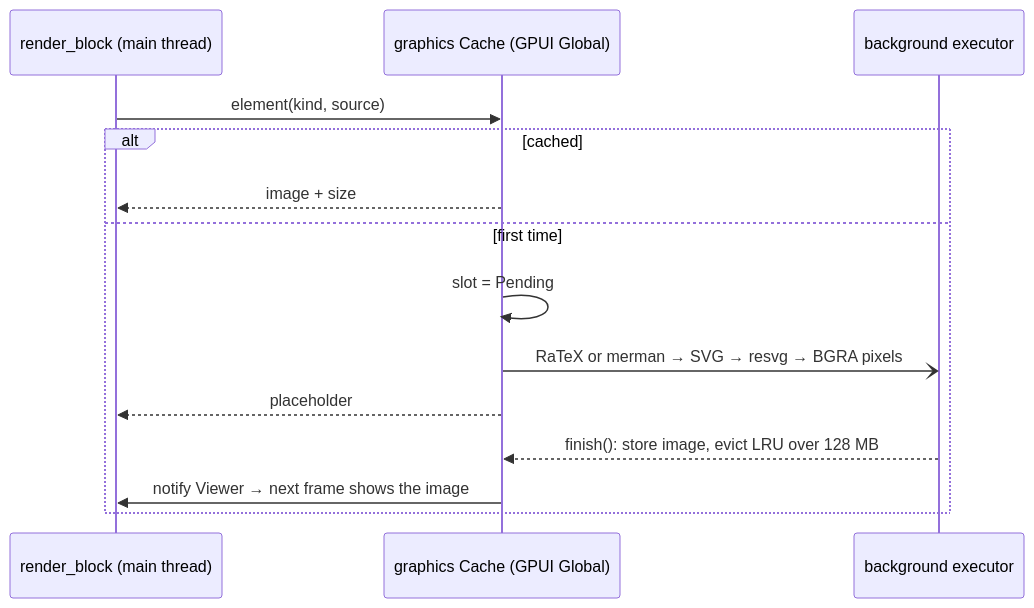
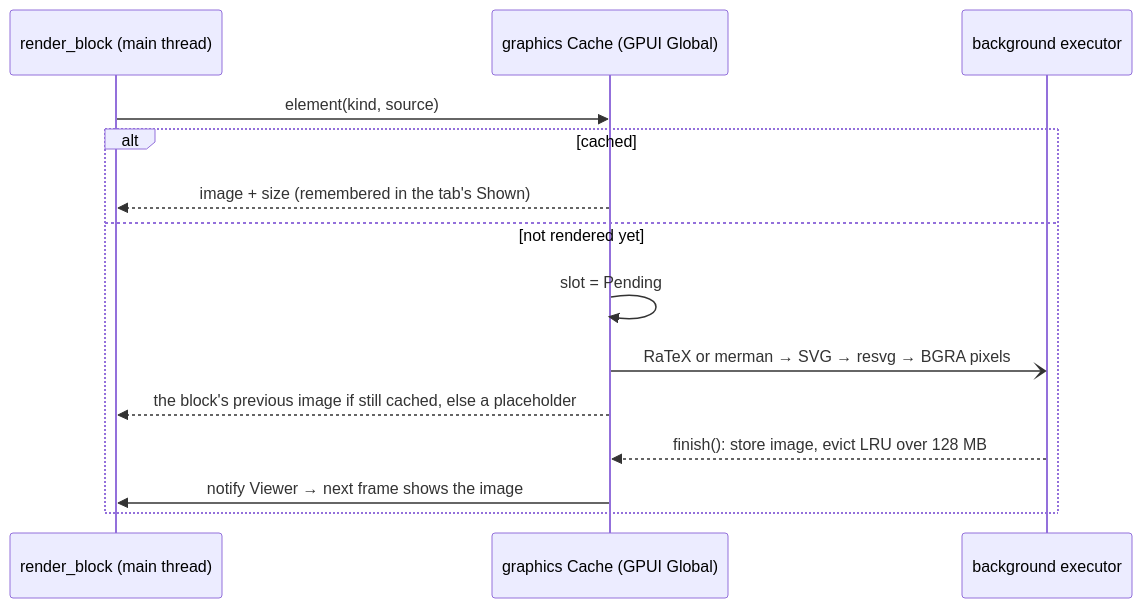
One commit to JorgeAgar/markdown-viewer-zed changed the second of 2 diagrams in docs/rendering.md. Above: the diagram before and after it, drawn with Mermaid. The commit also changed other lines of this file and 6 other files, not shown here.

````diff
--- a/docs/rendering.md
+++ b/docs/rendering.md
@@ -223,16 +224,16 @@
 ```mermaid
 sequenceDiagram
     participant R as render_block (main thread)
     participant C as graphics Cache (GPUI Global)
     participant BG as background executor
     R->>C: element(kind, source)
     alt cached
-        C-->>R: image + size
-    else first time
+        C-->>R: image + size (remembered in the tab's Shown)
+    else not rendered yet
         C->>C: slot = Pending
         C-)BG: RaTeX or merman → SVG → resvg → BGRA pixels
-        C-->>R: placeholder
+        C-->>R: the block's previous image if still cached, else a placeholder
         BG-->>C: finish(): store image, evict LRU over 128 MB
         C->>R: notify Viewer → next frame shows the image
     end
 ```
````
